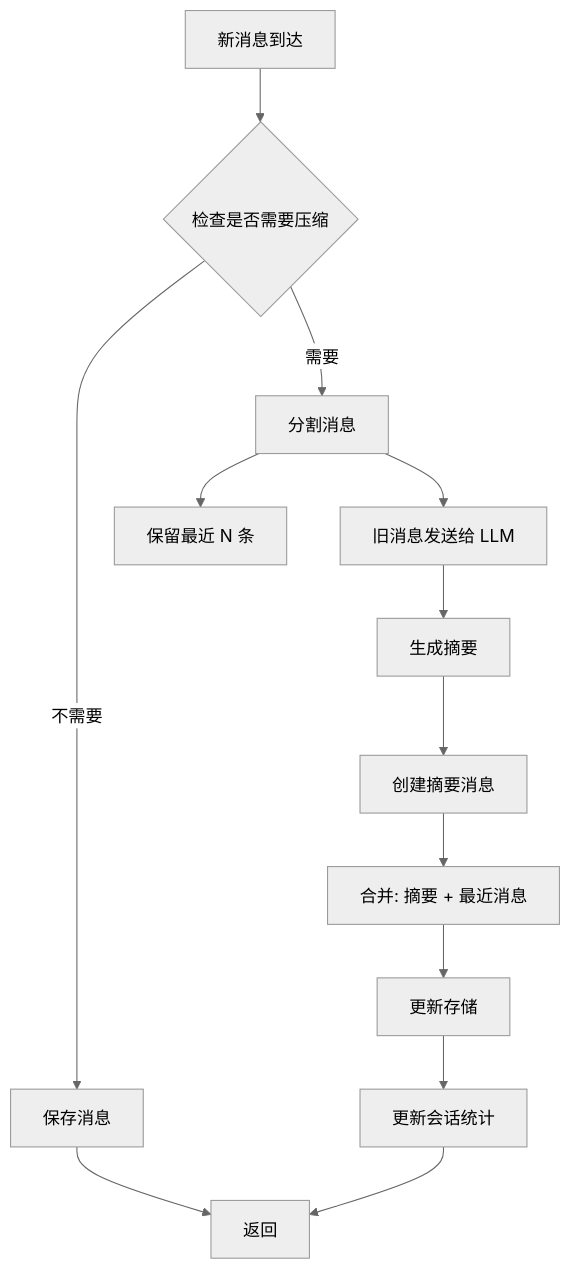
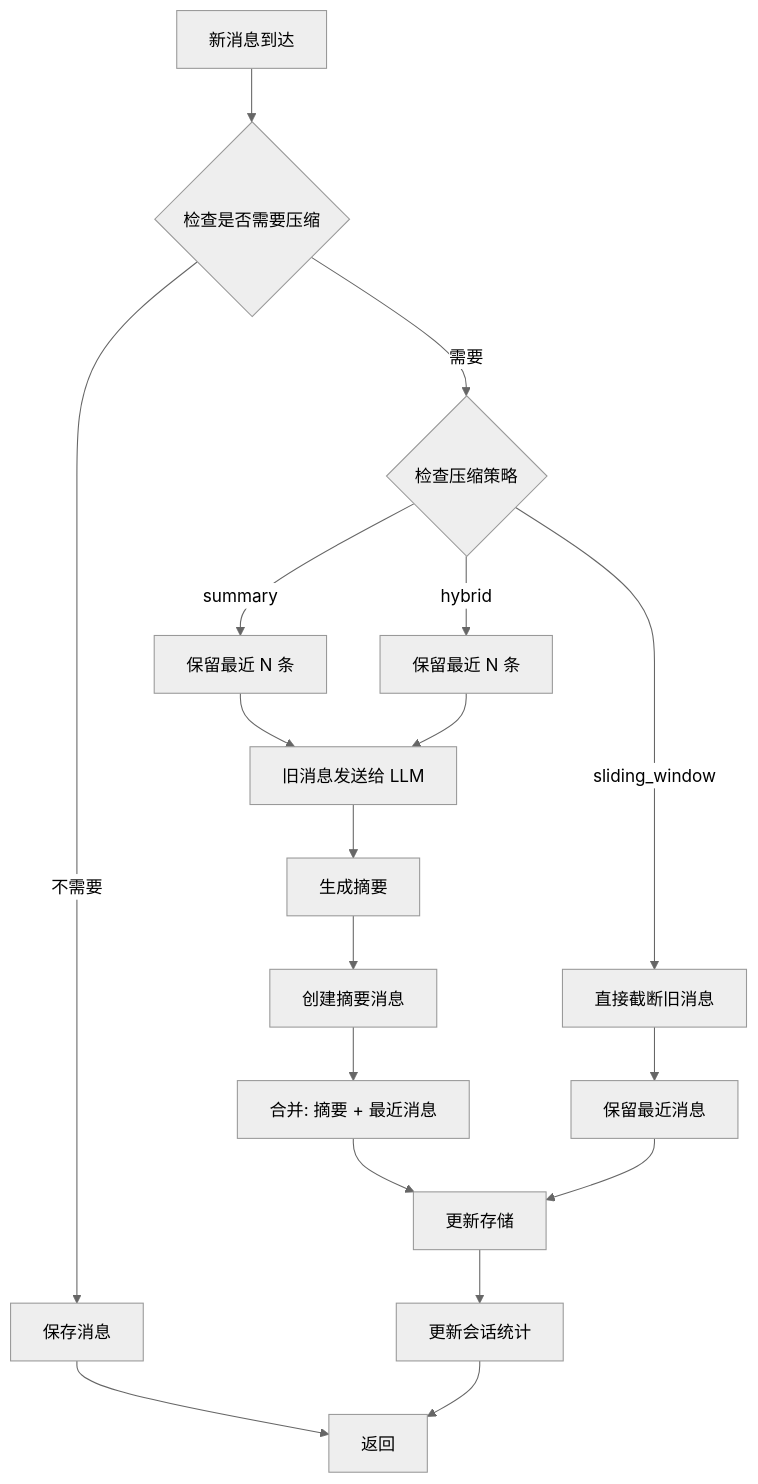
One commit to teambuf/tpclaw-doc changed the second of 2 diagrams in docs/guide/core-features/sessions.md. Above: the diagram before and after it, drawn with Mermaid (neutral theme). The commit also changed other lines of this file and 12 other files, not shown here.

````diff
--- a/docs/guide/core-features/sessions.md
+++ b/docs/guide/core-features/sessions.md
@@ -173,15 +183,20 @@
 ```mermaid
 flowchart TD
     A[新消息到达] --> B{检查是否需要压缩}
     B -->|不需要| C[保存消息]
-    B -->|需要| D[分割消息]
-    D --> E[保留最近 N 条]
-    D --> F[旧消息发送给 LLM]
-    F --> G[生成摘要]
-    G --> H[创建摘要消息]
-    H --> I[合并: 摘要 + 最近消息]
-    I --> J[更新存储]
-    J --> K[更新会话统计]
-    C --> L[返回]
-    K --> L
+    B -->|需要| D{检查压缩策略}
+    D -->|summary| E[保留最近 N 条]
+    D -->|sliding_window| F[直接截断旧消息]
+    D -->|hybrid| G[保留最近 N 条]
+    E --> H[旧消息发送给 LLM]
+    H --> I[生成摘要]
+    I --> J[创建摘要消息]
+    J --> K[合并: 摘要 + 最近消息]
+    G --> H
+    F --> L[保留最近消息]
+    K --> M[更新存储]
+    L --> M
+    M --> N[更新会话统计]
+    C --> O[返回]
+    N --> O
 ```
````
